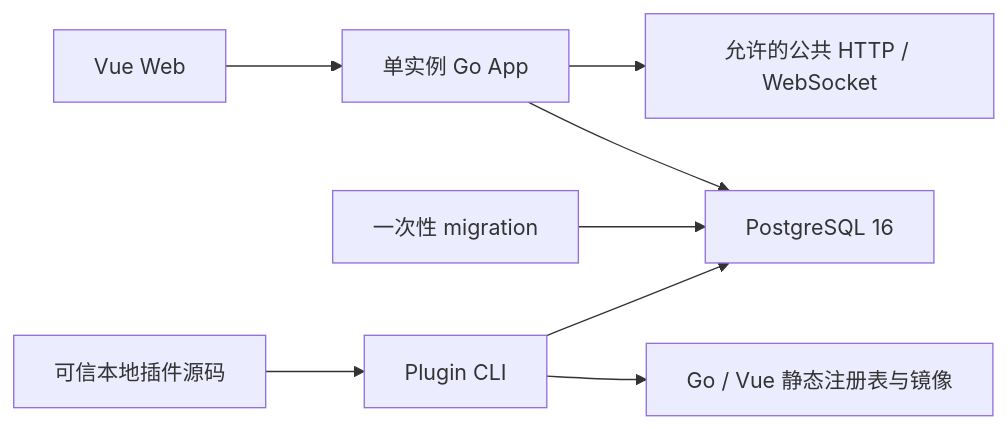
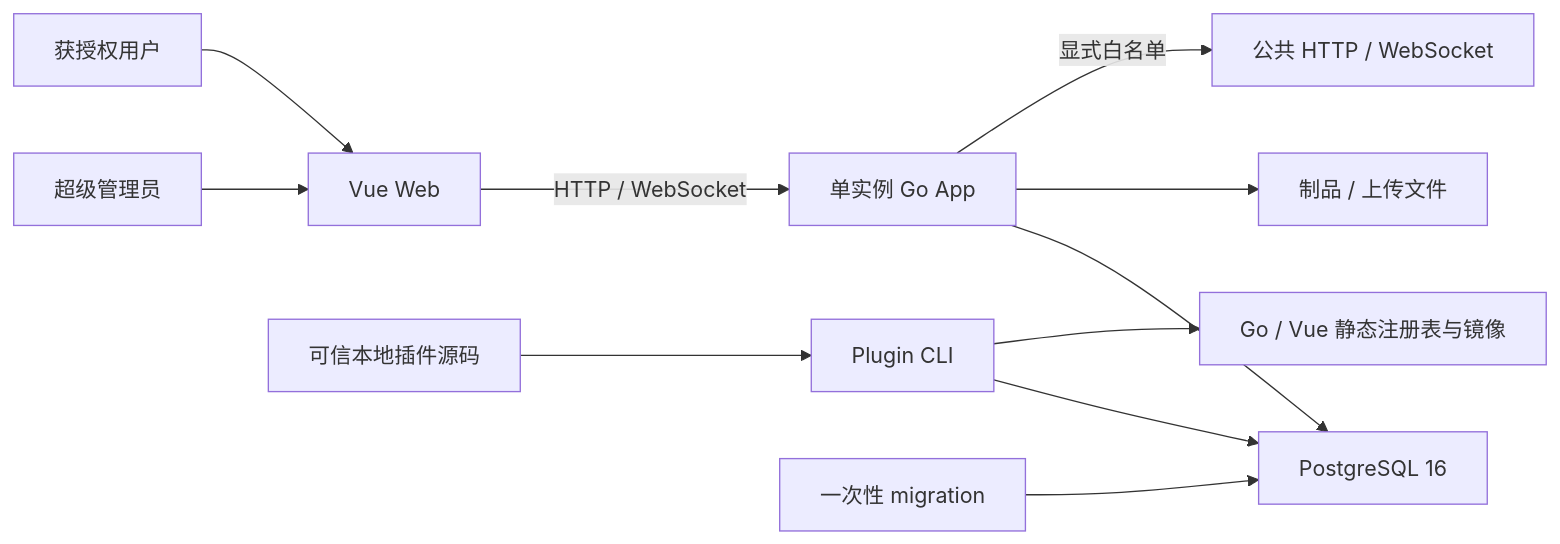
Before and after one commit to CoderLTS/coinsphere-go: the first of 6 diagrams in docs/architecture/overview.md, drawn with Mermaid. The commit also changed other lines of this file and 18 other files, not shown here.

````diff
--- a/docs/architecture/overview.md
+++ b/docs/architecture/overview.md
@@ -14,10 +22,13 @@
 ```mermaid
 flowchart LR
-    WEB["Vue Web"] --> APP["单实例 Go App"]
+    ADMIN["超级管理员"] --> WEB["Vue Web"]
+    USER["获授权用户"] --> WEB
+    WEB -->|HTTP / WebSocket| APP["单实例 Go App"]
     APP --> DB["PostgreSQL 16"]
+    APP --> FILES["制品 / 上传文件"]
+    APP -->|显式白名单| PUBLIC["公共 HTTP / WebSocket"]
+    SOURCE["可信本地插件源码"] --> CLI["Plugin CLI"]
+    CLI --> DB
+    CLI --> BUILD["Go / Vue 静态注册表与镜像"]
     MIGRATE["一次性 migration"] --> DB
-    APP --> PUBLIC["允许的公共 HTTP / WebSocket"]
-    SOURCE["可信本地插件源码"] --> CLI["Plugin CLI"]
-    CLI --> BUILD["Go / Vue 静态注册表与镜像"]
-    CLI --> DB
 ```
````
